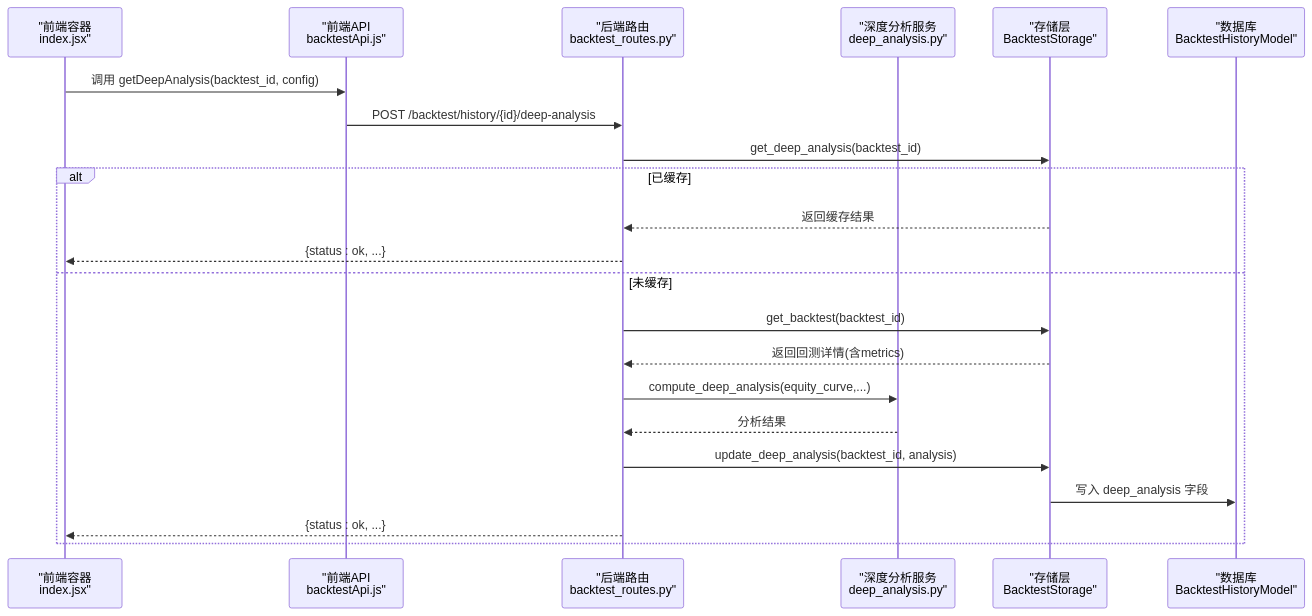
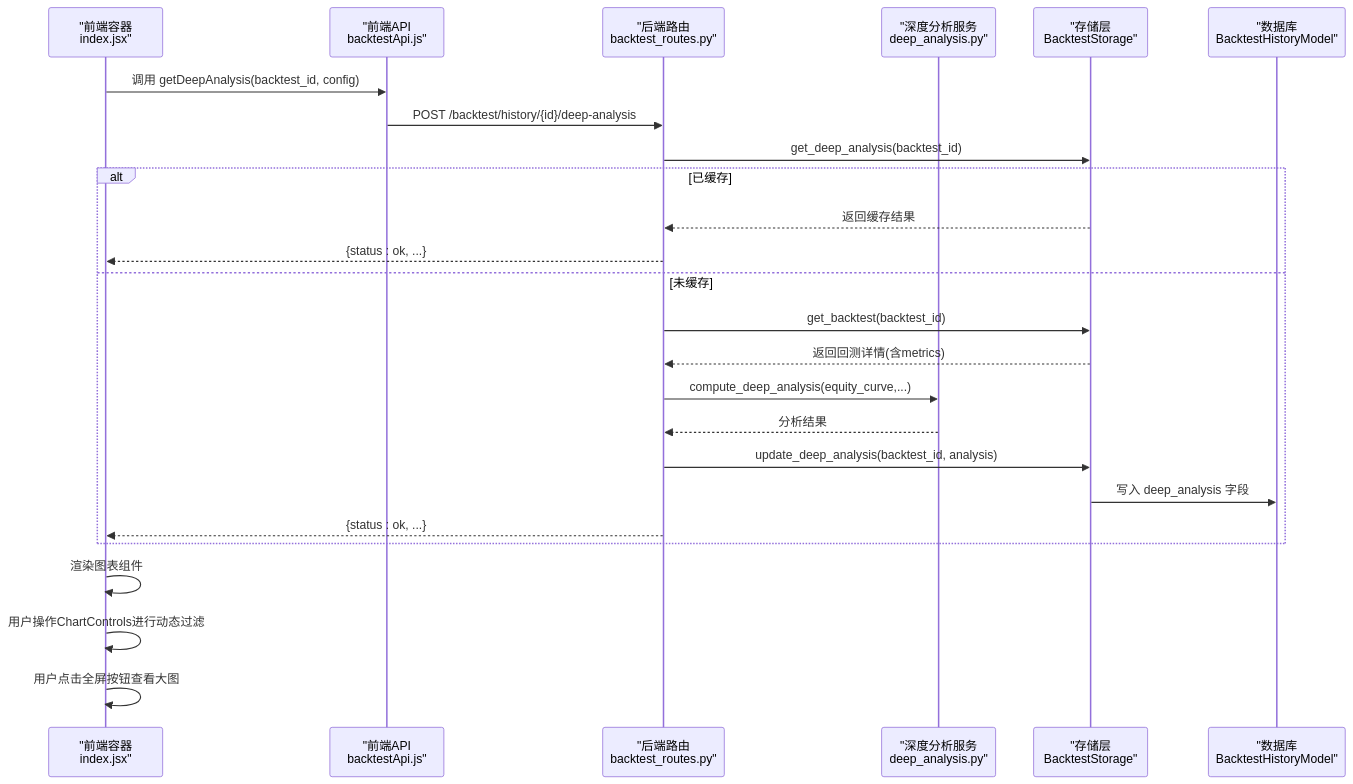
Before and after one commit to faryhuo/backtrader: the second of 7 diagrams in .qoder/repowiki/zh/content/核心功能详解/深度分析功能.md, drawn with Mermaid. The commit also changed other lines of this file and 28 other files, not shown here.

````diff
--- a/.qoder/repowiki/zh/content/核心功能详解/深度分析功能.md
+++ b/.qoder/repowiki/zh/content/核心功能详解/深度分析功能.md
@@ -105,24 +119,27 @@
 ```mermaid
 sequenceDiagram
 participant FE as "前端容器<br/>index.jsx"
 participant API as "前端API<br/>backtestApi.js"
 participant RT as "后端路由<br/>backtest_routes.py"
 participant SA as "深度分析服务<br/>deep_analysis.py"
 participant ST as "存储层<br/>BacktestStorage"
 participant DB as "数据库<br/>BacktestHistoryModel"
 FE->>API : 调用 getDeepAnalysis(backtest_id, config)
 API->>RT : POST /backtest/history/{id}/deep-analysis
 RT->>ST : get_deep_analysis(backtest_id)
 alt 已缓存
 ST-->>RT : 返回缓存结果
 RT-->>FE : {status : ok, ...}
 else 未缓存
 RT->>ST : get_backtest(backtest_id)
 ST-->>RT : 返回回测详情(含metrics)
 RT->>SA : compute_deep_analysis(equity_curve,...)
 SA-->>RT : 分析结果
 RT->>ST : update_deep_analysis(backtest_id, analysis)
 ST->>DB : 写入 deep_analysis 字段
 RT-->>FE : {status : ok, ...}
 end
+FE->>FE : 渲染图表组件
+FE->>FE : 用户操作ChartControls进行动态过滤
+FE->>FE : 用户点击全屏按钮查看大图
 ```
````
